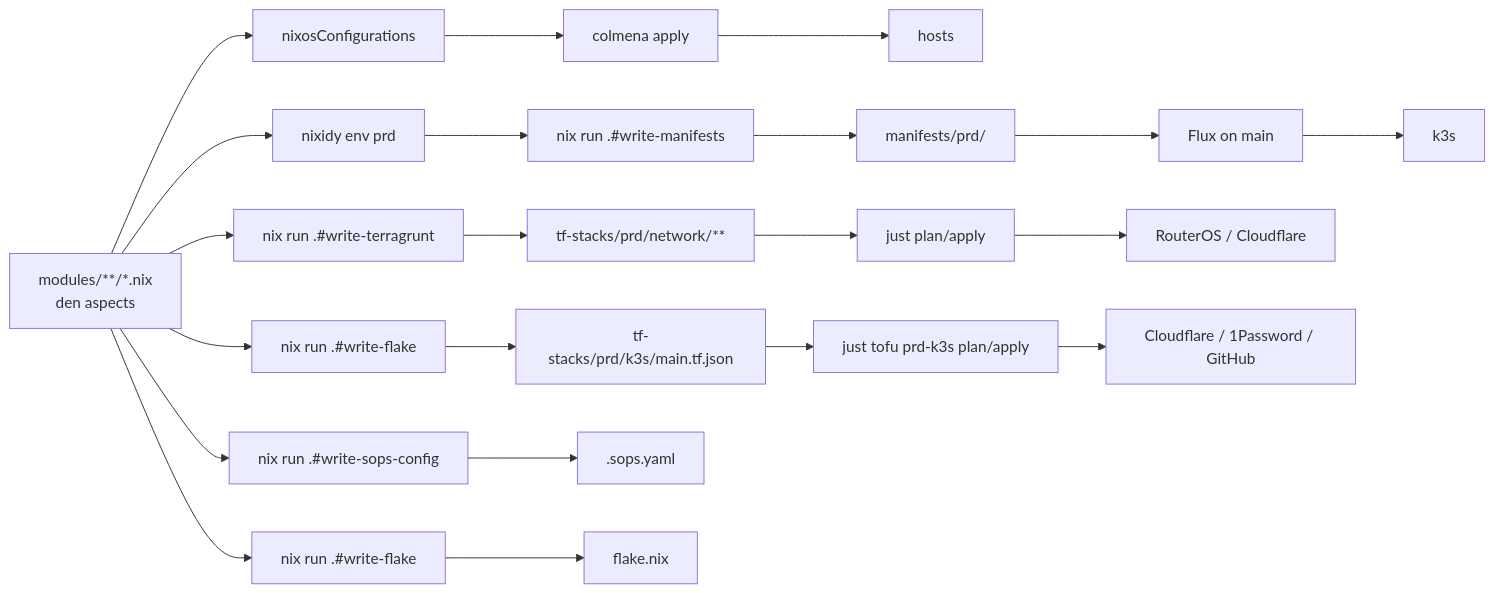
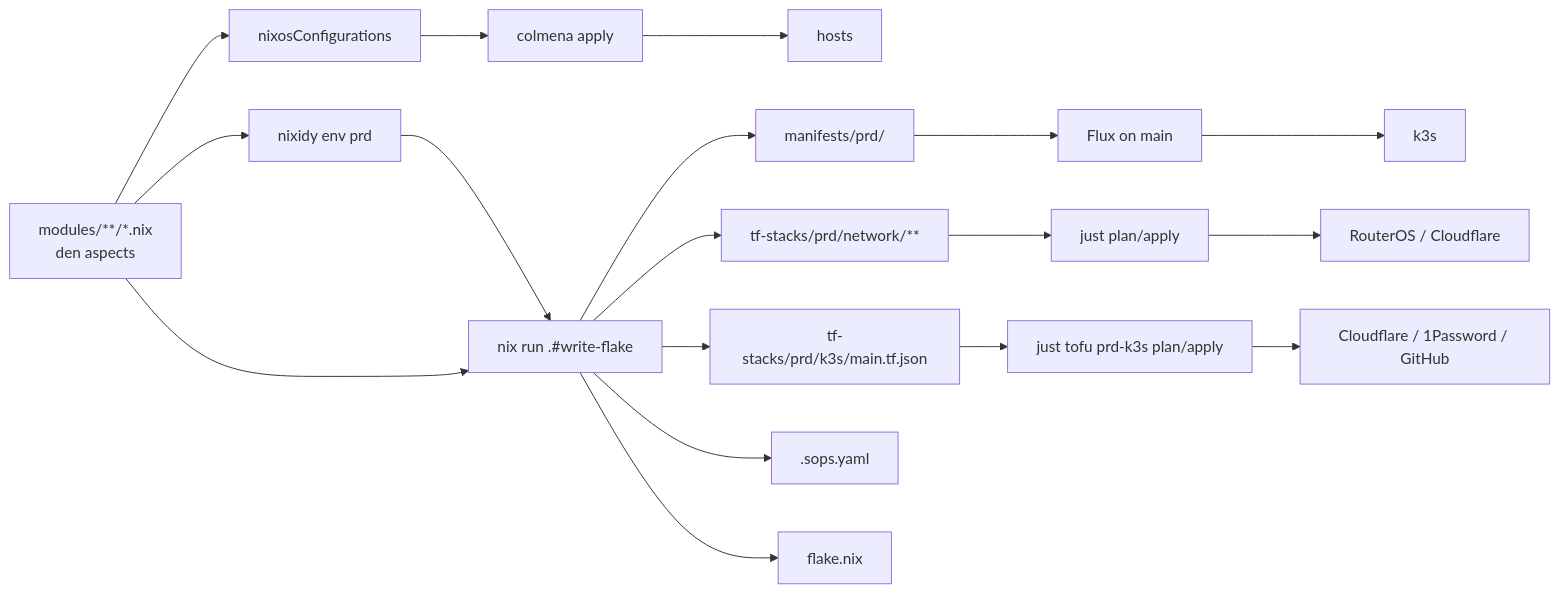
One commit to kid/home-ops changed the diagram in AGENTS.md. Above: the diagram before and after it, drawn with Mermaid. The commit also changed other lines of this file and 10 other files, not shown here.

First line of the commit message:
refactor(flake): generate manifests, terragrunt and .sops.yaml from write-flake

````diff
--- a/AGENTS.md
+++ b/AGENTS.md
@@ -16,9 +16,10 @@
 ```mermaid
 flowchart LR
   M[modules/**/*.nix<br/>den aspects] --> N[nixosConfigurations] --> C[colmena apply] --> H[hosts]
-  M --> X[nixidy env prd] --> W[nix run .#write-manifests] --> MP[manifests/prd/] --> F[Flux on main] --> K[k3s]
-  M --> T[nix run .#write-terragrunt] --> TS[tf-stacks/prd/network/**] --> J[just plan/apply] --> R[RouterOS / Cloudflare]
-  M --> TF[nix run .#write-flake] --> TJ[tf-stacks/prd/k3s/main.tf.json] --> JT[just tofu prd-k3s plan/apply] --> CR[Cloudflare / 1Password / GitHub]
-  M --> S[nix run .#write-sops-config] --> SY[.sops.yaml]
-  M --> FF[nix run .#write-flake] --> FN[flake.nix]
+  M --> X[nixidy env prd] --> W[nix run .#write-flake] --> MP[manifests/prd/] --> F[Flux on main] --> K[k3s]
+  M --> W
+  W --> TS[tf-stacks/prd/network/**] --> J[just plan/apply] --> R[RouterOS / Cloudflare]
+  W --> TJ[tf-stacks/prd/k3s/main.tf.json] --> JT[just tofu prd-k3s plan/apply] --> CR[Cloudflare / 1Password / GitHub]
+  W --> SY[.sops.yaml]
+  W --> FN[flake.nix]
 ```
````
